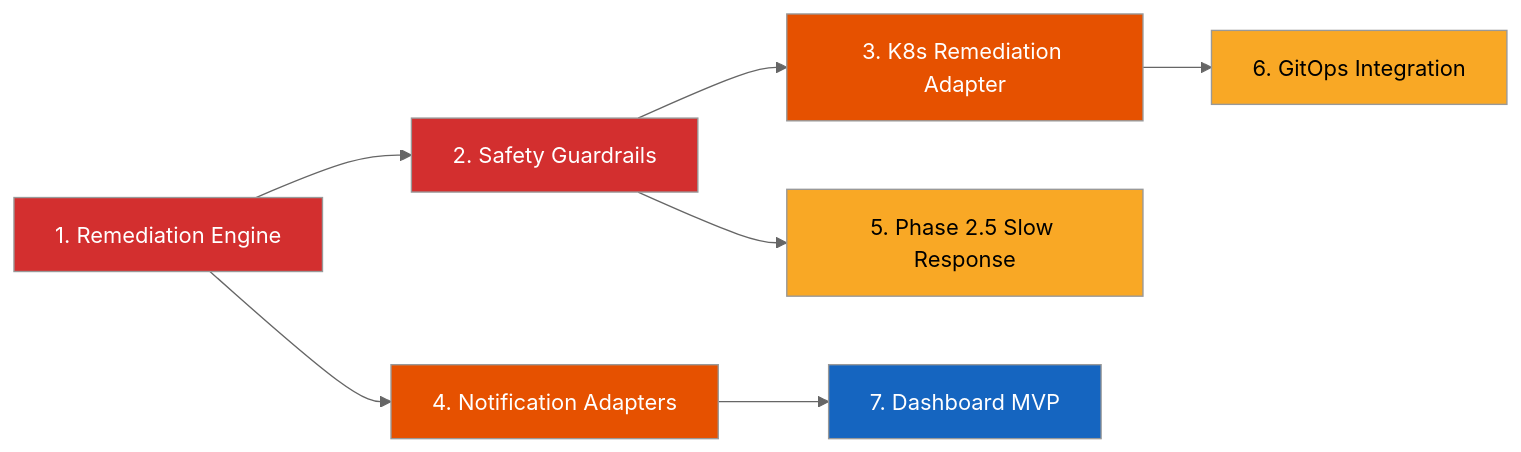
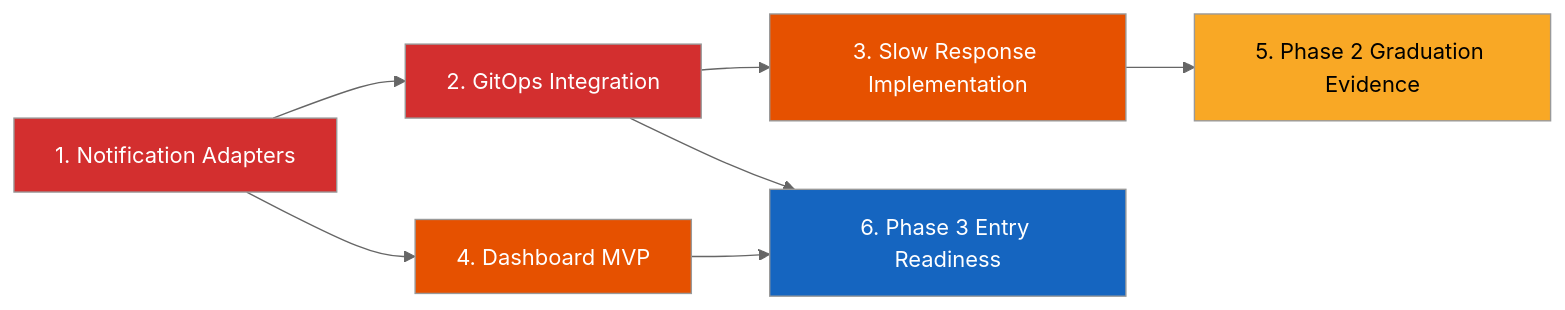
One commit to faizanhussainrabbani/autonomous-sre-agent changed the second of 2 diagrams in docs/reports/analysis/phase_status_evaluation_report.md. Above: the diagram before and after it, drawn with Mermaid (neutral theme). The commit also changed other lines of this file and 19 other files, not shown here.

````diff
--- a/docs/reports/analysis/phase_status_evaluation_report.md
+++ b/docs/reports/analysis/phase_status_evaluation_report.md
@@ -229,17 +107,16 @@
 ```mermaid
 graph LR
-    A["1. Remediation Engine"] --> B["2. Safety Guardrails"]
-    B --> C["3. K8s Remediation Adapter"]
-    A --> D["4. Notification Adapters"]
-    B --> E["5. Phase 2.5 Slow Response"]
-    C --> F["6. GitOps Integration"]
-    D --> G["7. Dashboard MVP"]
+    A["1. Notification Adapters"] --> B["2. GitOps Integration"]
+    B --> C["3. Slow Response Implementation"]
+    A --> D["4. Dashboard MVP"]
+    C --> E["5. Phase 2 Graduation Evidence"]
+    B --> F["6. Phase 3 Entry Readiness"]
+    D --> F
 
     style A fill:#d32f2f,color:white
     style B fill:#d32f2f,color:white
     style C fill:#e65100,color:white
     style D fill:#e65100,color:white
     style E fill:#f9a825,color:black
-    style F fill:#f9a825,color:black
-    style G fill:#1565c0,color:white
+    style F fill:#1565c0,color:white
 ```
````
